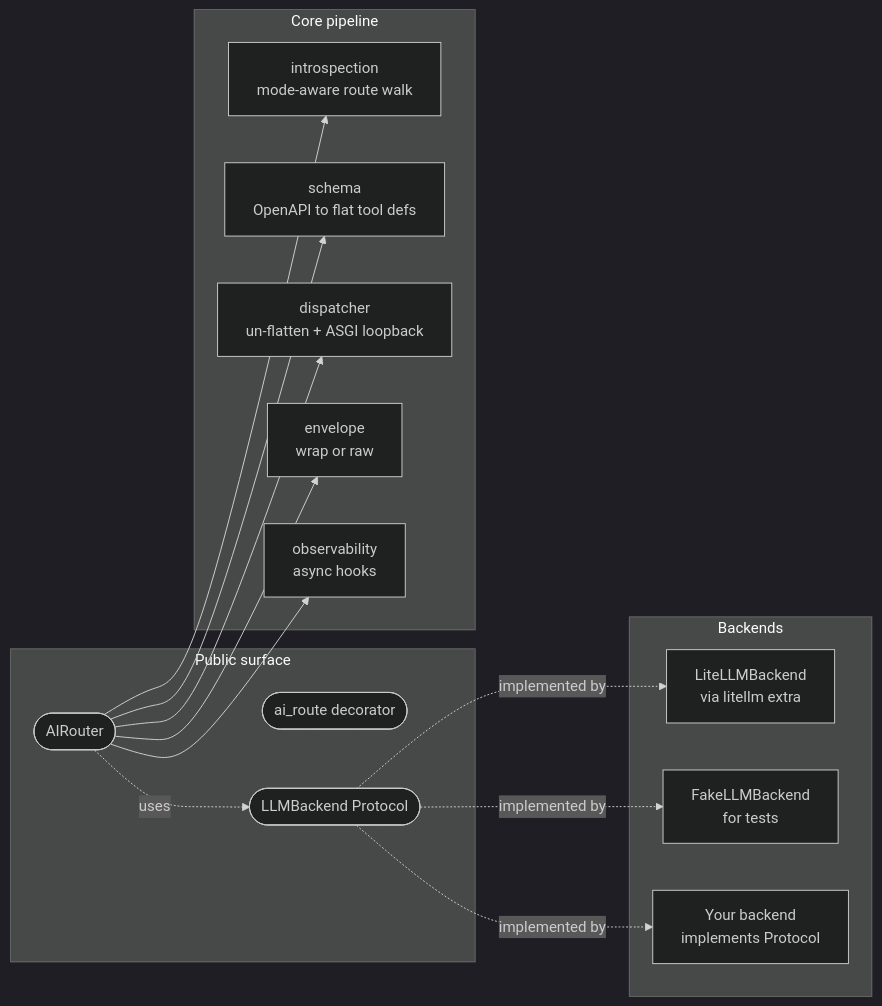
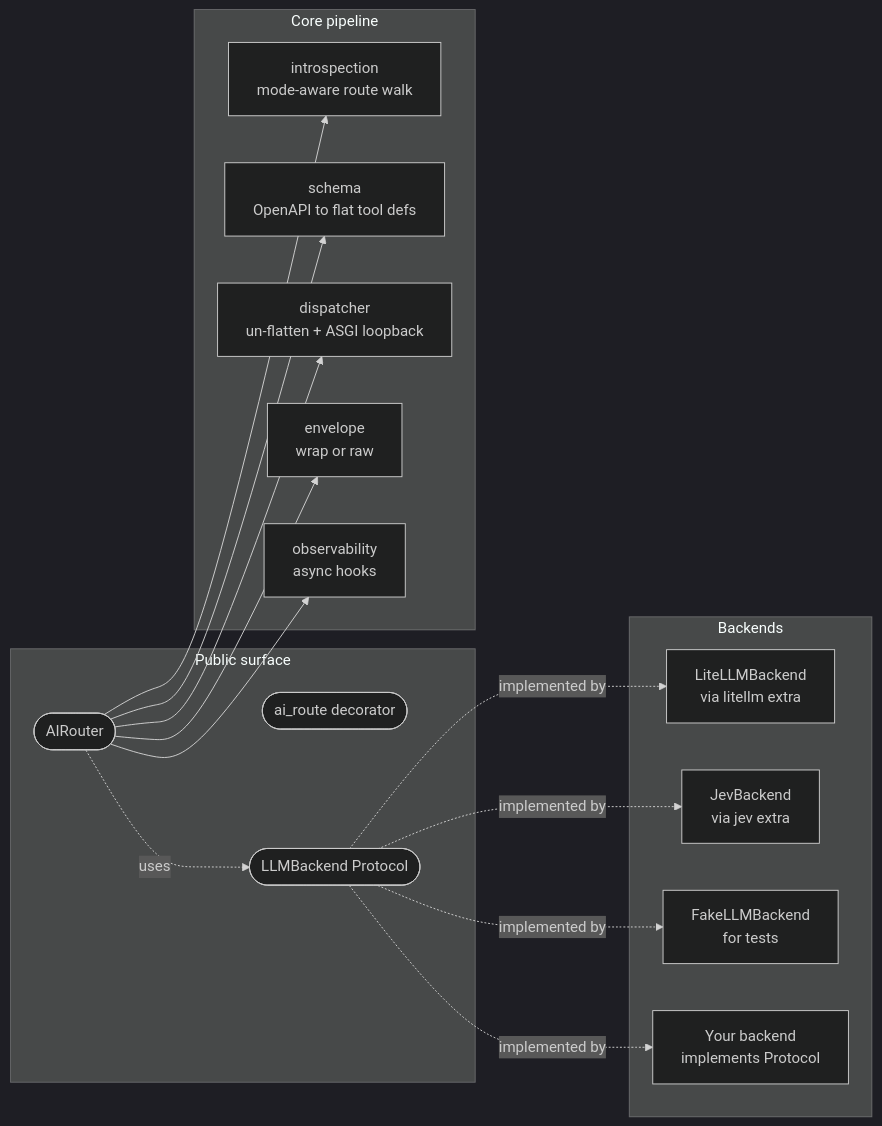
Before and after one commit to pouriamrt/fastapi-ai-router: the second of 4 diagrams in README.md, drawn with Mermaid (dark theme). The commit also changed other lines of this file, not shown here.

Commit message:
docs: add backend comparison and a live Jev example to the README

````diff
--- a/README.md
+++ b/README.md
@@ -105,32 +111,34 @@
 ```mermaid
 flowchart LR
     subgraph public ["Public surface"]
         AIRouter(["AIRouter"])
         ai_route(["ai_route decorator"])
         LLMBackend(["LLMBackend Protocol"])
     end
 
     subgraph core ["Core pipeline"]
         introspection["introspection<br/>mode-aware route walk"]
         schema["schema<br/>OpenAPI to flat tool defs"]
         dispatcher["dispatcher<br/>un-flatten + ASGI loopback"]
         envelope["envelope<br/>wrap or raw"]
         observability["observability<br/>async hooks"]
     end
 
     subgraph backends ["Backends"]
         LiteLLM["LiteLLMBackend<br/>via litellm extra"]
+        Jev["JevBackend<br/>via jev extra"]
         Fake["FakeLLMBackend<br/>for tests"]
         BYO["Your backend<br/>implements Protocol"]
     end
 
     AIRouter --> introspection
     AIRouter --> schema
     AIRouter --> dispatcher
     AIRouter --> envelope
     AIRouter --> observability
     AIRouter -. uses .-> LLMBackend
     LLMBackend -. implemented by .-> LiteLLM
+    LLMBackend -. implemented by .-> Jev
     LLMBackend -. implemented by .-> Fake
     LLMBackend -. implemented by .-> BYO
 ```
````
